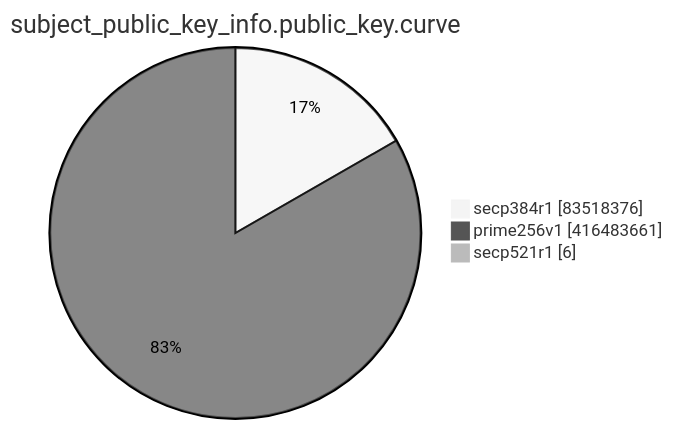
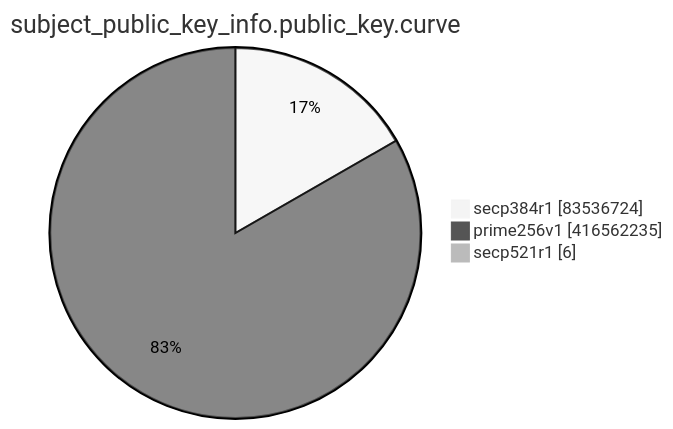
Before and after one commit to christiankrug/ctmonitor_visualization: the eighth of 15 diagrams in TOTAL/README.md, drawn with Mermaid (neutral theme). The commit also changed other lines of this file, not shown here.

````diff
--- a/TOTAL/README.md
+++ b/TOTAL/README.md
@@ -3098,7 +3098,7 @@
 ```mermaid
 pie showData
 title subject_public_key_info.public_key.curve
-"secp384r1" :83518376
-"prime256v1" :416483661
+"secp384r1" :83536724
+"prime256v1" :416562235
 "secp521r1" :6
 ```
````
